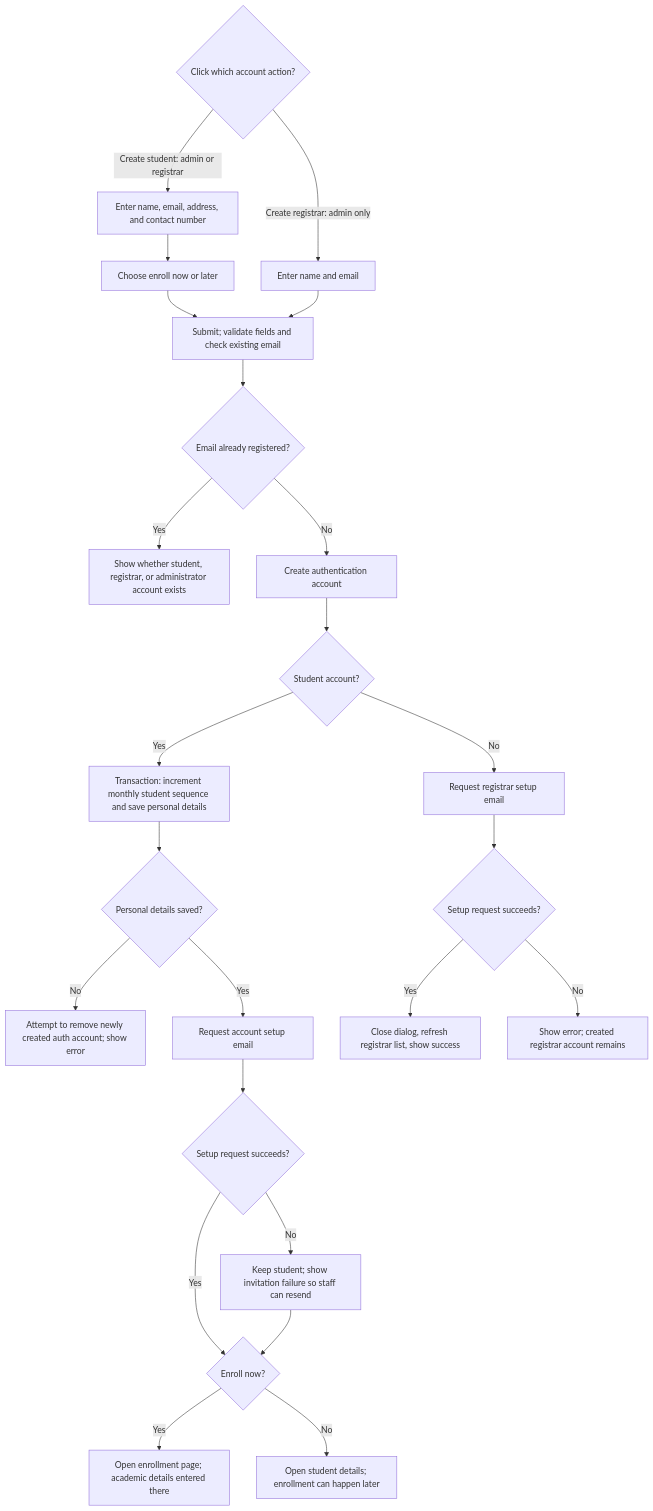
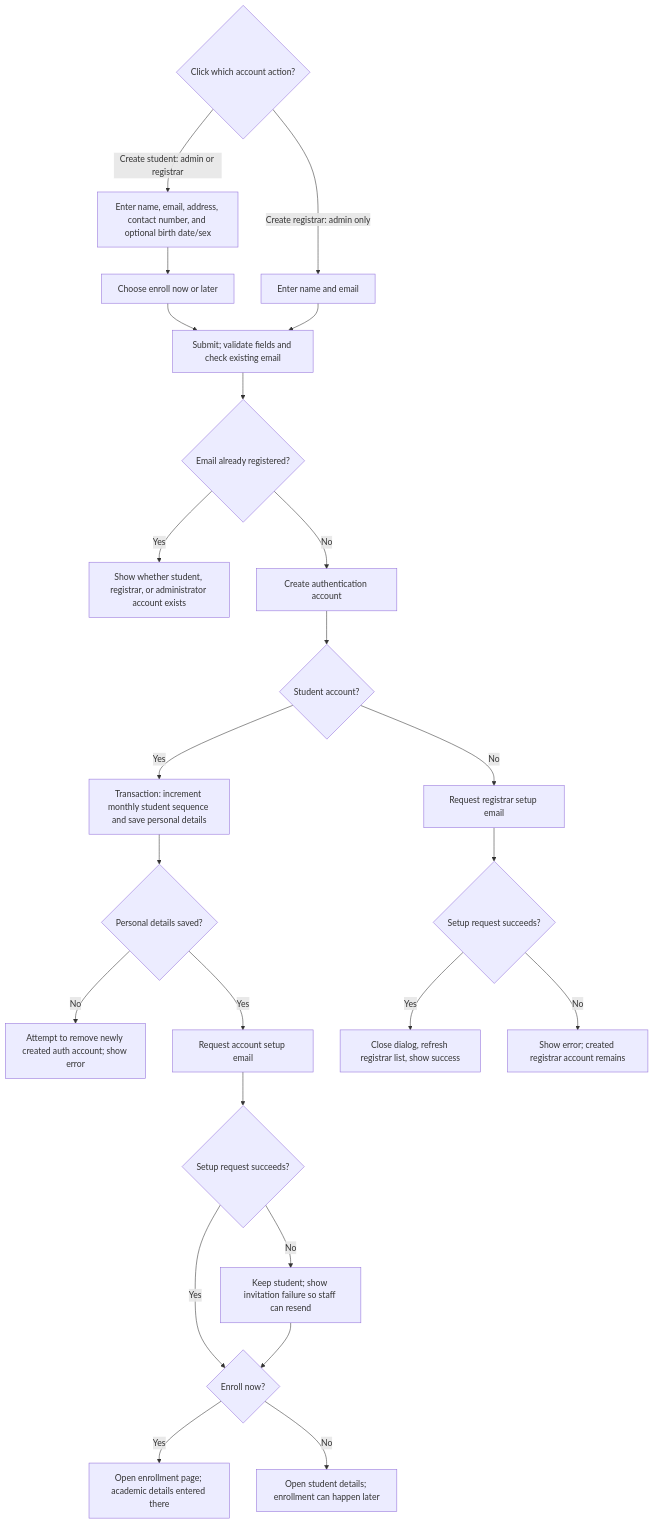
Before and after one commit to AetherKnowledge/enrollment-system: the second of 18 diagrams in docs/system-flows.md, drawn with Mermaid. The commit also changed other lines of this file and 32 other files, not shown here.

````diff
--- a/docs/system-flows.md
+++ b/docs/system-flows.md
@@ -97,27 +97,27 @@
 ```mermaid
 flowchart TD
     Start{Click which account action?}
-    Start -->|Create student: admin or registrar| StudentForm[Enter name, email, address, and contact number]
+    Start -->|Create student: admin or registrar| StudentForm[Enter name, email, address, contact number, and optional birth date/sex]
     Start -->|Create registrar: admin only| RegistrarForm[Enter name and email]
     StudentForm --> Timing[Choose enroll now or later]
     Timing --> Validate[Submit; validate fields and check existing email]
     RegistrarForm --> Validate
     Validate --> Exists{Email already registered?}
     Exists -->|Yes| Duplicate[Show whether student, registrar, or administrator account exists]
     Exists -->|No| Create[Create authentication account]
     Create --> Type{Student account?}
     Type -->|Yes| Personal[Transaction: increment monthly student sequence and save personal details]
     Personal --> Saved{Personal details saved?}
     Saved -->|No| Cleanup[Attempt to remove newly created auth account; show error]
     Saved -->|Yes| Invite[Request account setup email]
     Invite --> Delivery{Setup request succeeds?}
     Delivery -->|No| Keep[Keep student; show invitation failure so staff can resend]
     Delivery -->|Yes| Route{Enroll now?}
     Keep --> Route
     Route -->|Yes| Enrollment[Open enrollment page; academic details entered there]
     Route -->|No| Details[Open student details; enrollment can happen later]
     Type -->|No| RegistrarInvite[Request registrar setup email]
     RegistrarInvite --> RegistrarSent{Setup request succeeds?}
     RegistrarSent -->|Yes| RegistrarList[Close dialog, refresh registrar list, show success]
     RegistrarSent -->|No| RegistrarError[Show error; created registrar account remains]
 ```
````
